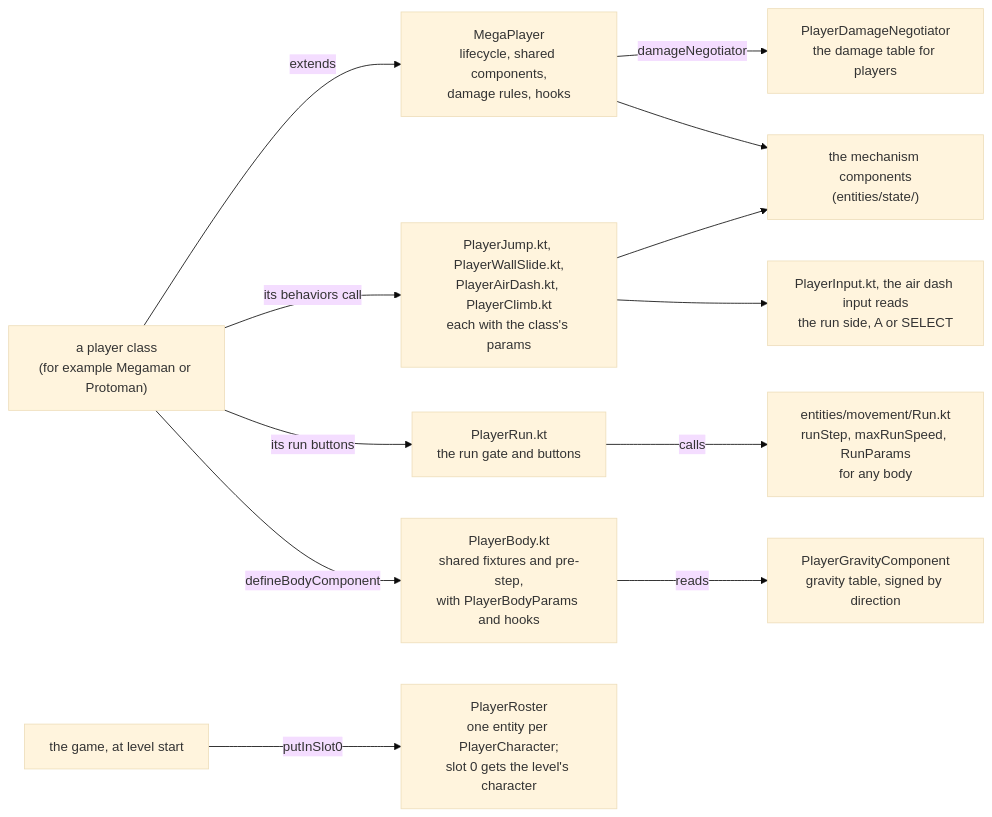
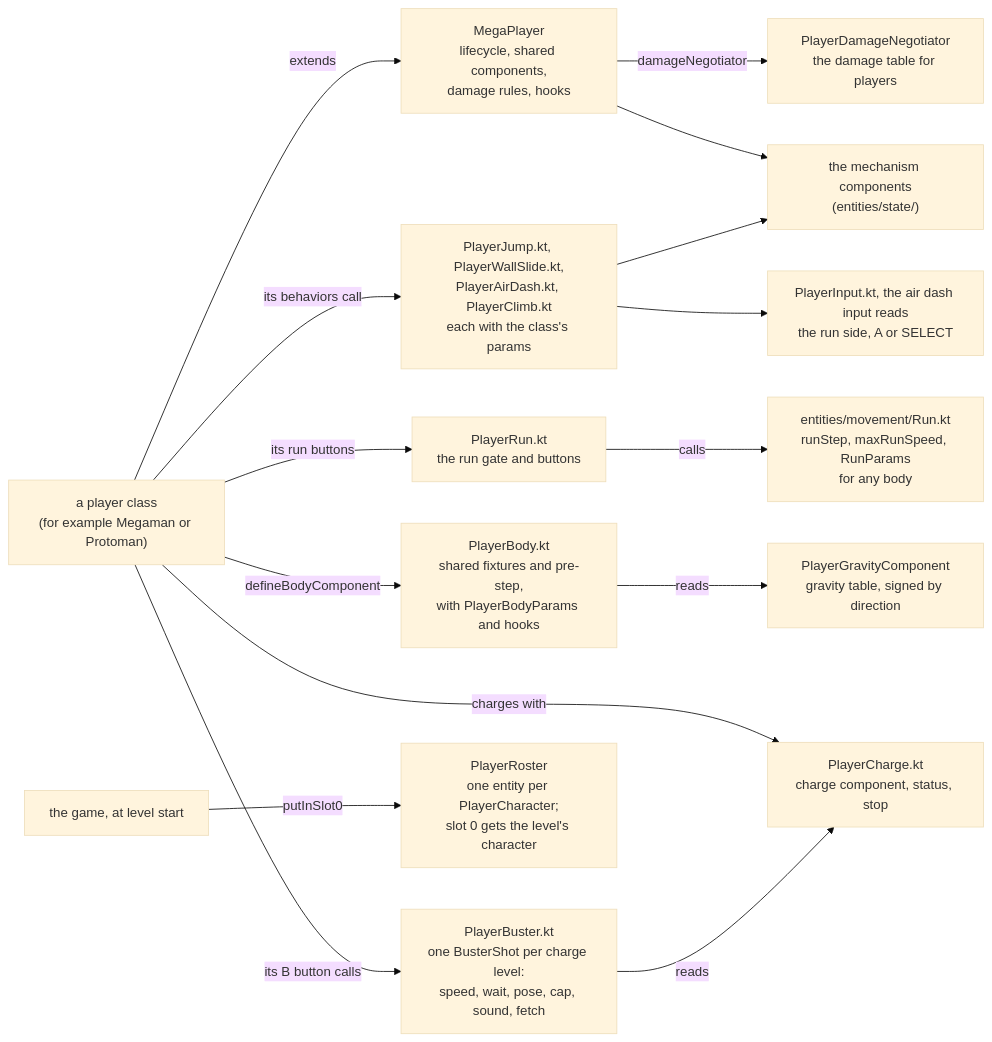
One commit to JohnLavender474/Megaman-Maverick changed the first of 2 diagrams in core/src/main/kotlin/com/megaman/maverick/game/players/README.md. Above: the diagram before and after it, drawn with Mermaid (base theme). The commit also changed other lines of this file and 106 other files, not shown here.

````diff
--- a/core/src/main/kotlin/com/megaman/maverick/game/players/README.md
+++ b/core/src/main/kotlin/com/megaman/maverick/game/players/README.md
@@ -32,14 +32,17 @@
 ```mermaid
 flowchart LR
     Class["a player class<br/>(for example Megaman or Protoman)"] -- "extends" --> Base["MegaPlayer<br/>lifecycle, shared components,<br/>damage rules, hooks"]
     Base -- "damageNegotiator" --> Negotiator["PlayerDamageNegotiator<br/>the damage table for players"]
     Class -- "its behaviors call" --> Moves["PlayerJump.kt, PlayerWallSlide.kt,<br/>PlayerAirDash.kt, PlayerClimb.kt<br/>each with the class's params"]
     Class -- "its run buttons" --> Run["PlayerRun.kt<br/>the run gate and buttons"]
     Run -- "calls" --> Step["entities/movement/Run.kt<br/>runStep, maxRunSpeed, RunParams<br/>for any body"]
     Class -- "defineBodyComponent" --> Body["PlayerBody.kt<br/>shared fixtures and pre-step,<br/>with PlayerBodyParams and hooks"]
     Body -- "reads" --> Gravity["PlayerGravityComponent<br/>gravity table, signed by direction"]
+    Class -- "its B button calls" --> Buster["PlayerBuster.kt<br/>one BusterShot per charge level:<br/>speed, wait, pose, cap, sound, fetch"]
+    Class -- "charges with" --> Charge["PlayerCharge.kt<br/>charge component, status, stop"]
+    Buster -- "reads" --> Charge
     Moves --> Input["PlayerInput.kt, the air dash input reads<br/>the run side, A or SELECT"]
     Game["the game, at level start"] -- "putInSlot0" --> Roster["PlayerRoster<br/>one entity per PlayerCharacter;<br/>slot 0 gets the level's character"]
     Base --> State["the mechanism components<br/>(entities/state/)"]
     Moves --> State
 ```
````
